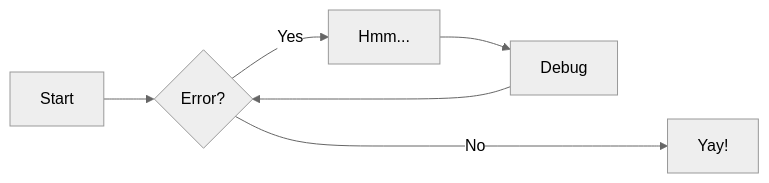
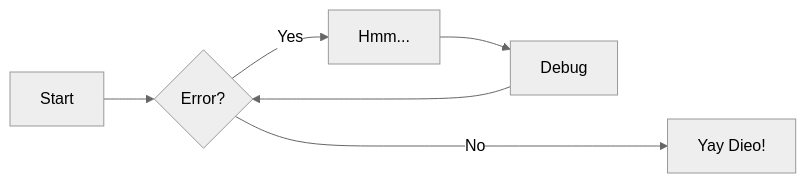
Before and after one commit to diego-init/pagehub: the diagram in docs/blog/posts/ai_agent_tutorial.md, drawn with Mermaid (neutral theme).

````diff
--- a/docs/blog/posts/ai_agent_tutorial.md
+++ b/docs/blog/posts/ai_agent_tutorial.md
@@ -269,8 +269,8 @@
 ``` mermaid
 graph LR
   A[Start] --> B{Error?};
   B -->|Yes| C[Hmm...];
   C --> D[Debug];
   D --> B;
-  B ---->|No| E[Yay!];
+  B ---->|No| E[Yay Dieo!];
 ```
````
